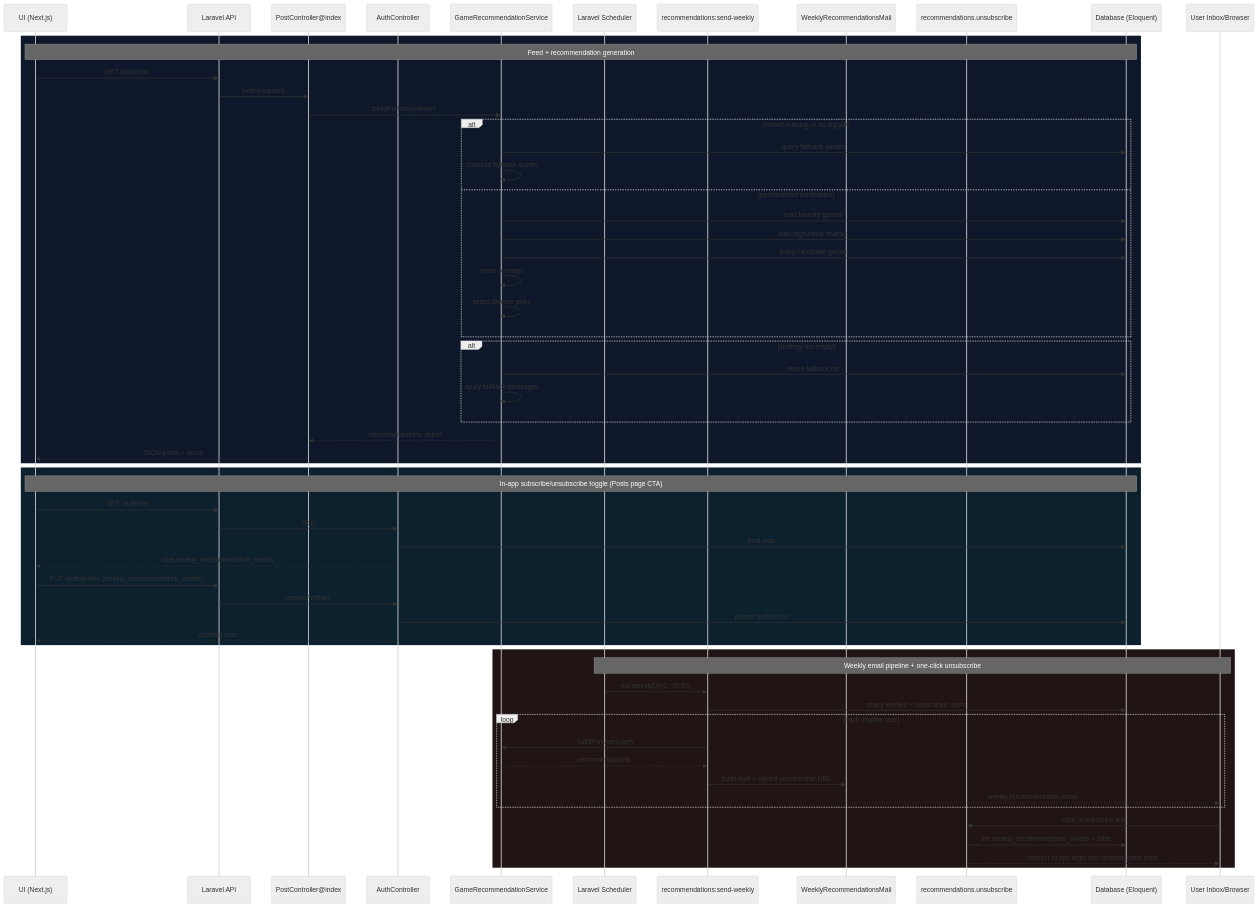
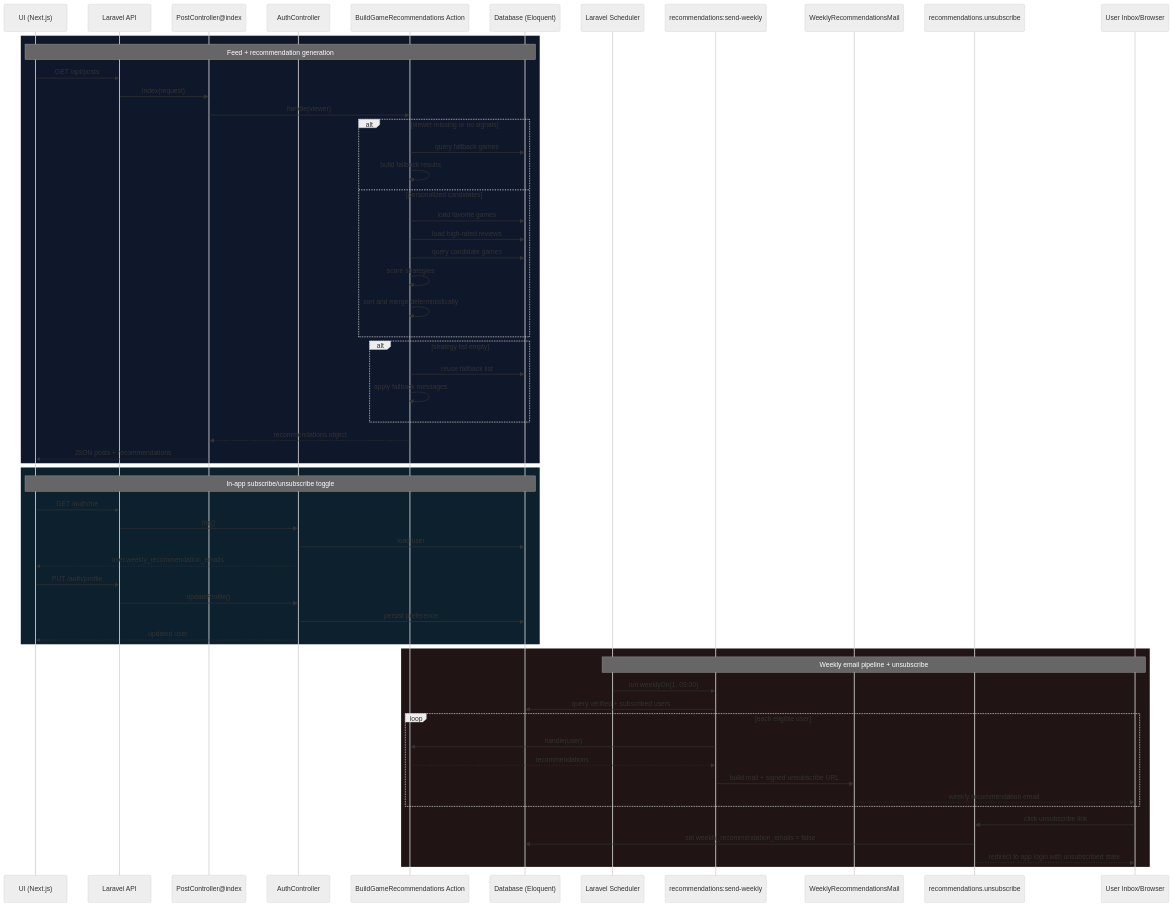
The diagram in implementation.md (Rifu-gif/Rawg-2.0), drawn with Mermaid (neutral theme) before and after one commit. The commit also changed other lines of this file and 6 other files, not shown here.

````diff
--- a/implementation.md
+++ b/implementation.md
@@ -170,67 +171,67 @@
 ```mermaid
 sequenceDiagram
   participant UI as UI (Next.js)
   participant API as Laravel API
   participant PostController as PostController@index
   participant AuthController as AuthController
-  participant RecService as GameRecommendationService
+  participant RecAction as BuildGameRecommendations Action
+  participant DB as Database (Eloquent)
   participant Scheduler as Laravel Scheduler
   participant ConsoleCmd as recommendations:send-weekly
   participant Mail as WeeklyRecommendationsMail
   participant WebRoute as recommendations.unsubscribe
-  participant DB as Database (Eloquent)
   participant User as User Inbox/Browser
 
   rect rgb(15, 23, 42)
   Note over UI,DB: Feed + recommendation generation
   UI->>API: GET /api/posts
   API->>PostController: index(request)
-  PostController->>RecService: buildForUser(viewer)
+  PostController->>RecAction: handle(viewer)
 
   alt viewer missing or no signals
-    RecService->>DB: query fallback games
-    RecService->>RecService: compute fallback scores
+    RecAction->>DB: query fallback games
+    RecAction->>RecAction: build fallback results
   else personalized candidates
-    RecService->>DB: load favorite games
-    RecService->>DB: load high-rated reviews
-    RecService->>DB: query candidate games
-    RecService->>RecService: score overlaps
-    RecService->>RecService: select diverse picks
+    RecAction->>DB: load favorite games
+    RecAction->>DB: load high-rated reviews
+    RecAction->>DB: query candidate games
+    RecAction->>RecAction: score strategies
+    RecAction->>RecAction: sort and merge deterministically
   end
 
   alt strategy list empty
-    RecService->>DB: reuse fallback list
-    RecService->>RecService: apply fallback messages
+    RecAction->>DB: reuse fallback list
+    RecAction->>RecAction: apply fallback messages
   end
 
-  RecService-->>PostController: recommendations object
-  PostController-->>UI: JSON posts + recos
+  RecAction-->>PostController: recommendations object
+  PostController-->>UI: JSON posts + recommendations
   end
 
   rect rgb(12, 32, 45)
-  Note over UI,DB: In-app subscribe/unsubscribe toggle (Posts page CTA)
+  Note over UI,DB: In-app subscribe/unsubscribe toggle
   UI->>API: GET /auth/me
   API->>AuthController: me()
   AuthController->>DB: load user
   AuthController-->>UI: user.weekly_recommendation_emails
-  UI->>API: PUT /auth/profile (weekly_recommendation_emails)
+  UI->>API: PUT /auth/profile
   API->>AuthController: updateProfile()
   AuthController->>DB: persist preference
   AuthController-->>UI: updated user
   end
 
   rect rgb(32, 20, 20)
-  Note over Scheduler,User: Weekly email pipeline + one-click unsubscribe
+  Note over Scheduler,User: Weekly email pipeline + unsubscribe
   Scheduler->>ConsoleCmd: run weeklyOn(1, 09:00)
   ConsoleCmd->>DB: query verified + subscribed users
   loop each eligible user
-    ConsoleCmd->>RecService: buildForUser(user)
-    RecService-->>ConsoleCmd: recommendations
+    ConsoleCmd->>RecAction: handle(user)
+    RecAction-->>ConsoleCmd: recommendations
     ConsoleCmd->>Mail: build mail + signed unsubscribe URL
     Mail-->>User: weekly recommendation email
   end
   User->>WebRoute: click unsubscribe link
   WebRoute->>DB: set weekly_recommendation_emails = false
   WebRoute-->>User: redirect to app login with unsubscribed state
   end
 ```
````
